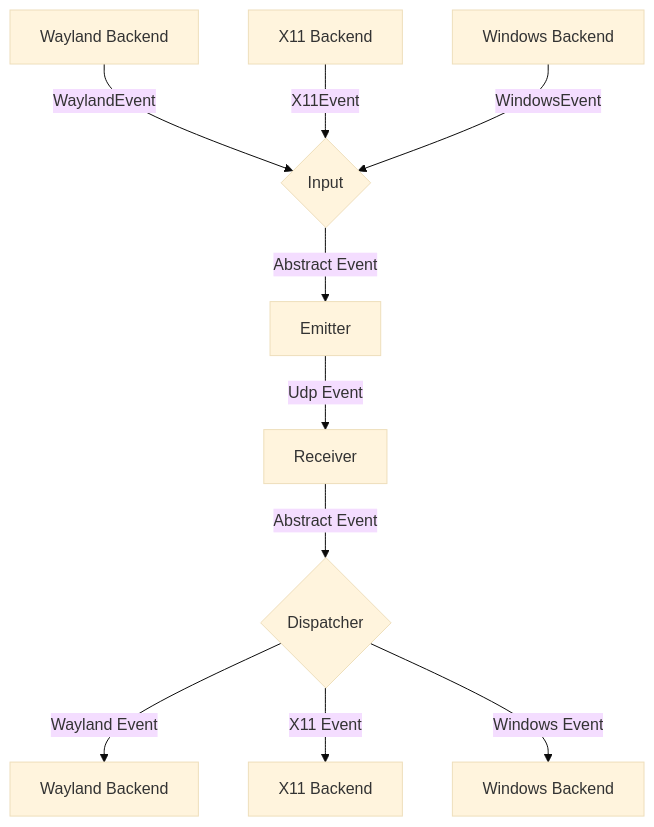
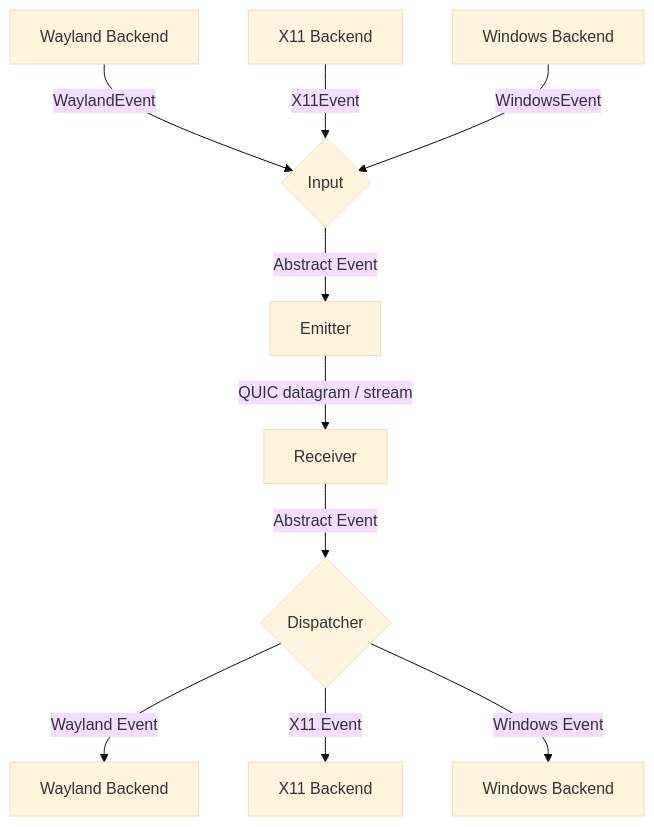
The first of 2 diagrams in DOC.md (HerbLuo/lan-mouse-pro), drawn with Mermaid (base theme) before and after one commit. The commit also changed other lines of this file and 3 other files, not shown here.

````diff
--- a/DOC.md
+++ b/DOC.md
@@ -9,12 +9,12 @@
 ```mermaid
 graph TD
     A[Wayland Backend] -->|WaylandEvent| D{Input}
     B[X11 Backend] -->|X11Event| D{Input}
     C[Windows Backend] -->|WindowsEvent| D{Input}
     D -->|Abstract Event| E[Emitter]
-    E -->|Udp Event| F[Receiver]
+    E -->|QUIC datagram / stream| F[Receiver]
     F -->|Abstract Event| G{Dispatcher}
     G -->|Wayland Event| H[Wayland Backend]
     G -->|X11 Event| I[X11 Backend]
     G -->|Windows Event| J[Windows Backend]
 ```
````
